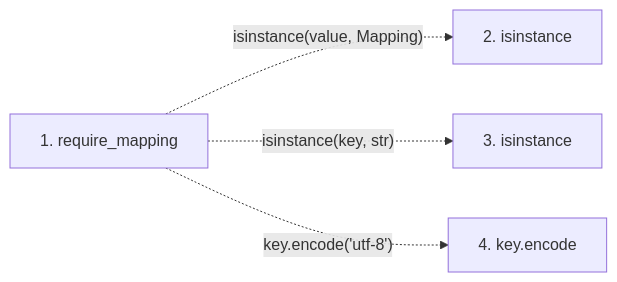
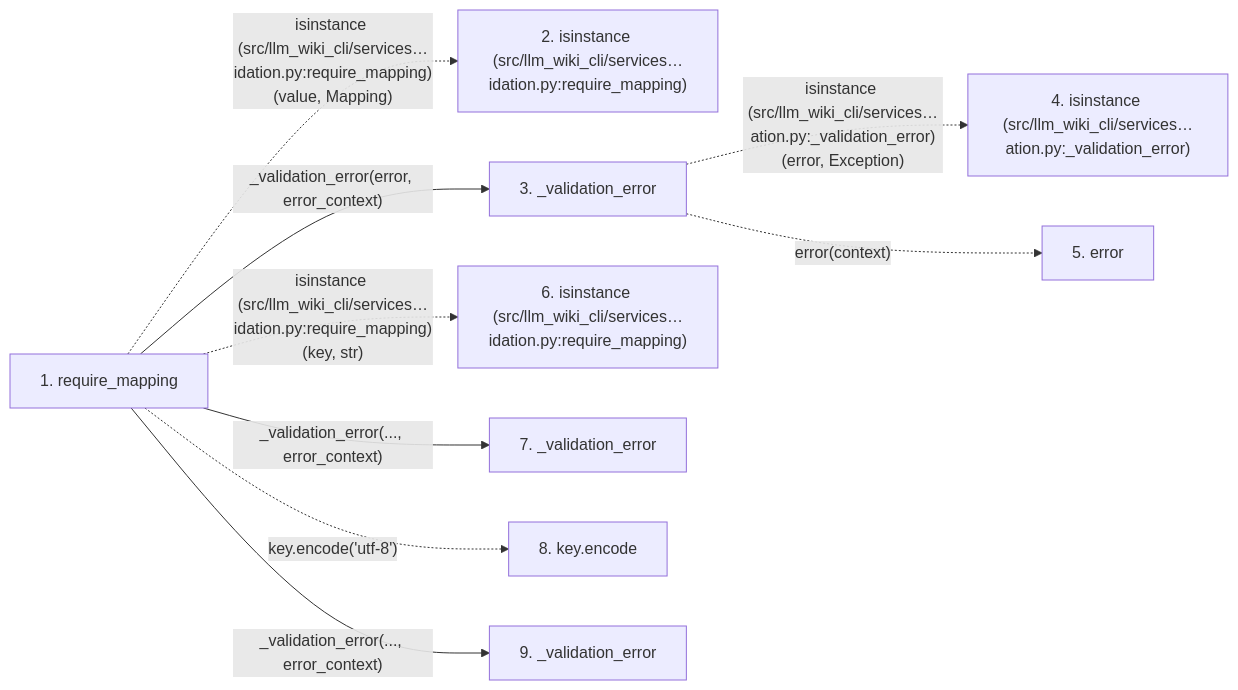
Before and after one commit to Denissvgn/python-wiki-llm: the second of 2 diagrams in docs/llm_wiki/flows/api-require_mapping.md, drawn with Mermaid. The commit also changed other lines of this file and 627 other files, not shown here.

````diff
--- a/docs/llm_wiki/flows/api-require_mapping.md
+++ b/docs/llm_wiki/flows/api-require_mapping.md
@@ -39,11 +47,24 @@
 ```mermaid
 flowchart LR
     s1["1. require_mapping"]
-    s2["2. isinstance"]
-    s3["3. isinstance"]
-    s4["4. key.encode"]
-    s1 -. "isinstance(value, Mapping)" .-> s2
-    s1 -. "isinstance(key, str)" .-> s3
-    s1 -. "key.encode('utf-8')" .-> s4
+    s2["2. isinstance (src/llm_wiki_cli/services…idation.py:require_mapping)"]
+    s3["3. _validation_error"]
+    s4["4. isinstance (src/llm_wiki_cli/services…ation.py:_validation_error)"]
+    s5["5. error"]
+    s6["6. isinstance (src/llm_wiki_cli/services…idation.py:require_mapping)"]
+    s7["7. _validation_error"]
+    s8["8. key.encode"]
+    s9["9. _validation_error"]
+    s1 -. "isinstance (src/llm_wiki_cli/services…idation.py:require_mapping)(value, Mapping)" .-> s2
+    s1 -->|"_validation_error(error, error_context)"| s3
+    s3 -. "isinstance (src/llm_wiki_cli/services…ation.py:_validation_error)(error, Exception)" .-> s4
+    s3 -. "error(context)" .-> s5
+    s1 -. "isinstance (src/llm_wiki_cli/services…idation.py:require_mapping)(key, str)" .-> s6
+    s1 -->|"_validation_error(..., error_context)"| s7
+    s1 -. "key.encode('utf-8')" .-> s8
+    s1 -->|"_validation_error(..., error_context)"| s9
     click s1 "../modules/validation.md"
+    click s3 "../modules/validation.md"
+    click s7 "../modules/validation.md"
+    click s9 "../modules/validation.md"
 ```
````
